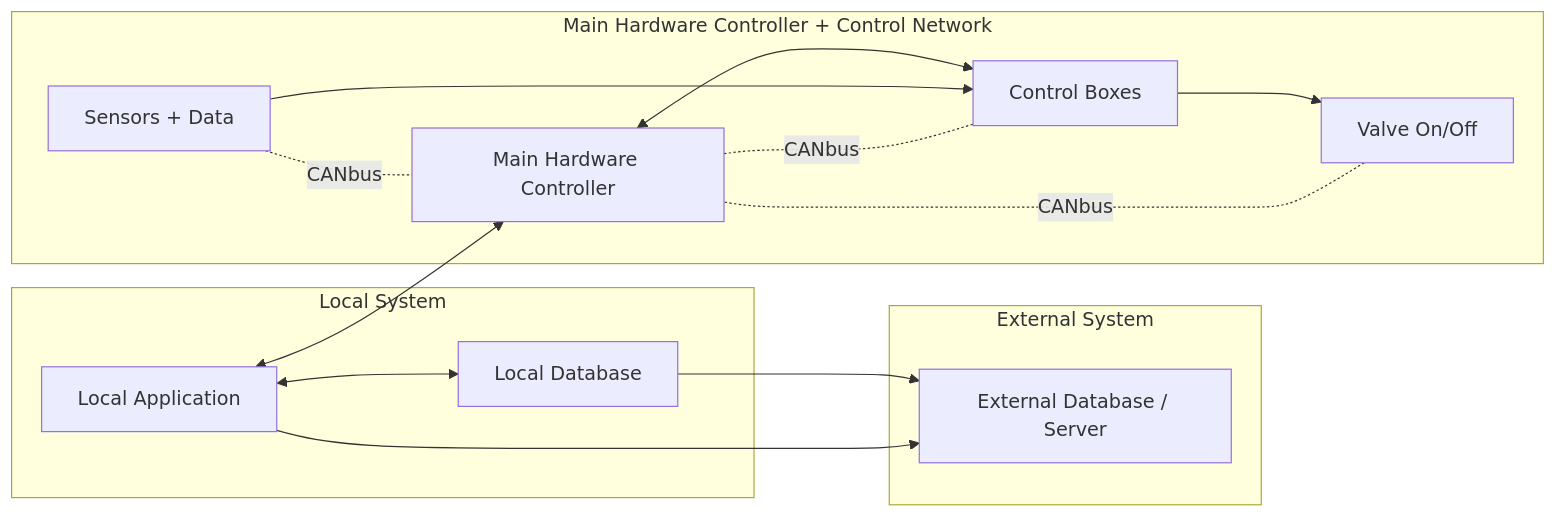
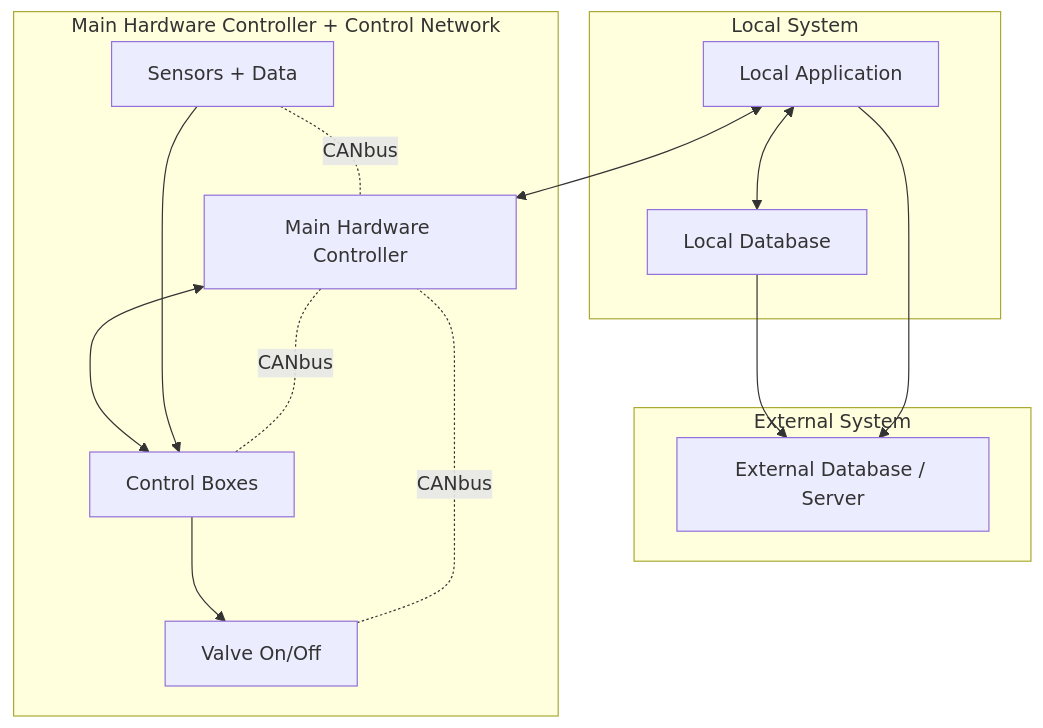
Before and after one commit to Rackhamn/rackhamn.github.io: the diagram in mermaid/app_graph.md, drawn with Mermaid.

````diff
--- a/mermaid/app_graph.md
+++ b/mermaid/app_graph.md
@@ -1,33 +1,33 @@
 ```mermaid
-flowchart LR
+flowchart TD
     subgraph Local_System[Local System]
         app[Local Application]
         db[Local Database]
     end
 
     subgraph External_System[External System]
         extdb[External Database / Server]
     end
 
     subgraph Hardware[Main Hardware Controller + Control Network]
         mhc[Main Hardware Controller]
         cb[Control Boxes]
         valve[Valve On/Off]
         sensors[Sensors + Data]
     end
 
     %% Connections
     app <--> db
     db --> extdb
     app --> extdb
 
     app <--> mhc
     mhc <--> cb
     cb --> valve
     sensors --> cb
 
     %% Notes
     mhc -. CANbus .- cb
     sensors -. CANbus .- mhc
     valve -. CANbus .- mhc
 ```
````
